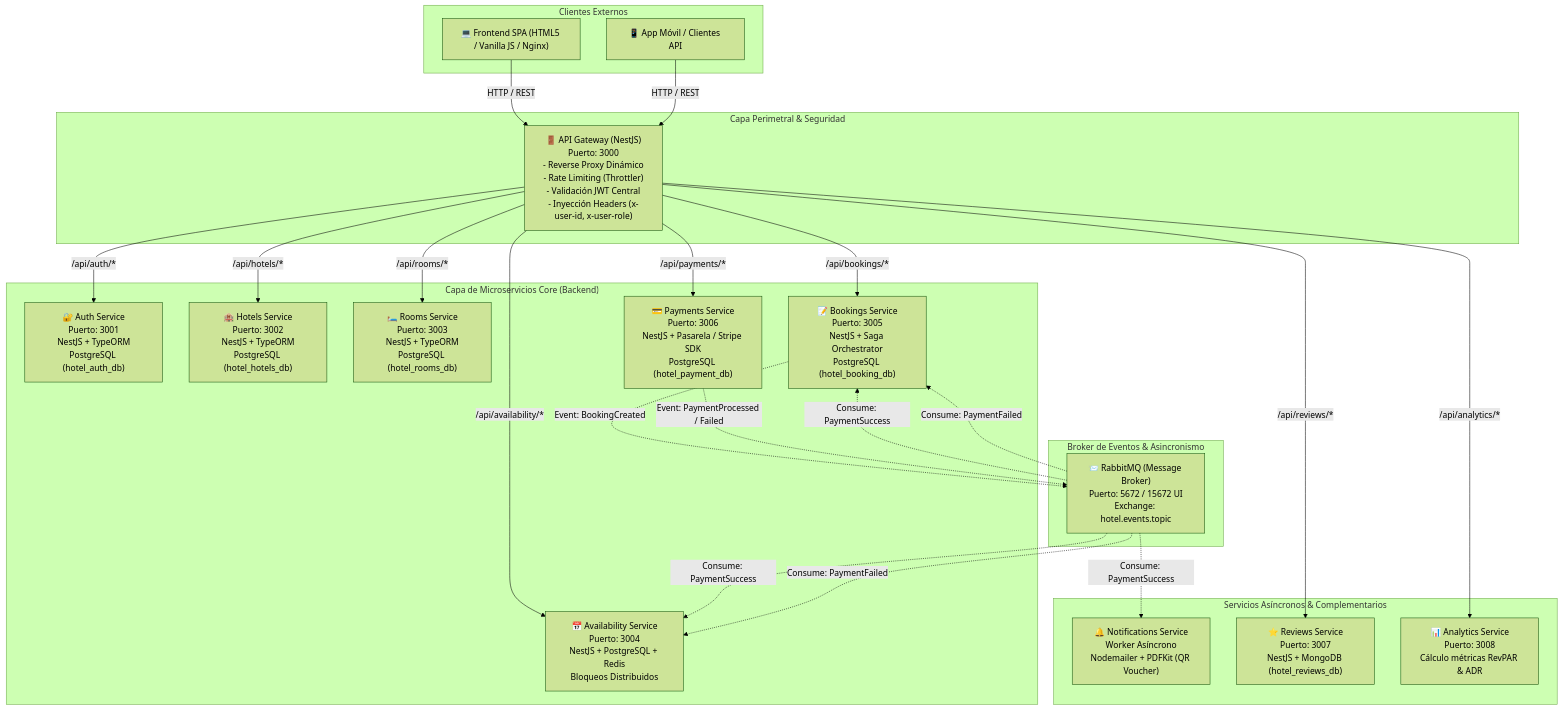
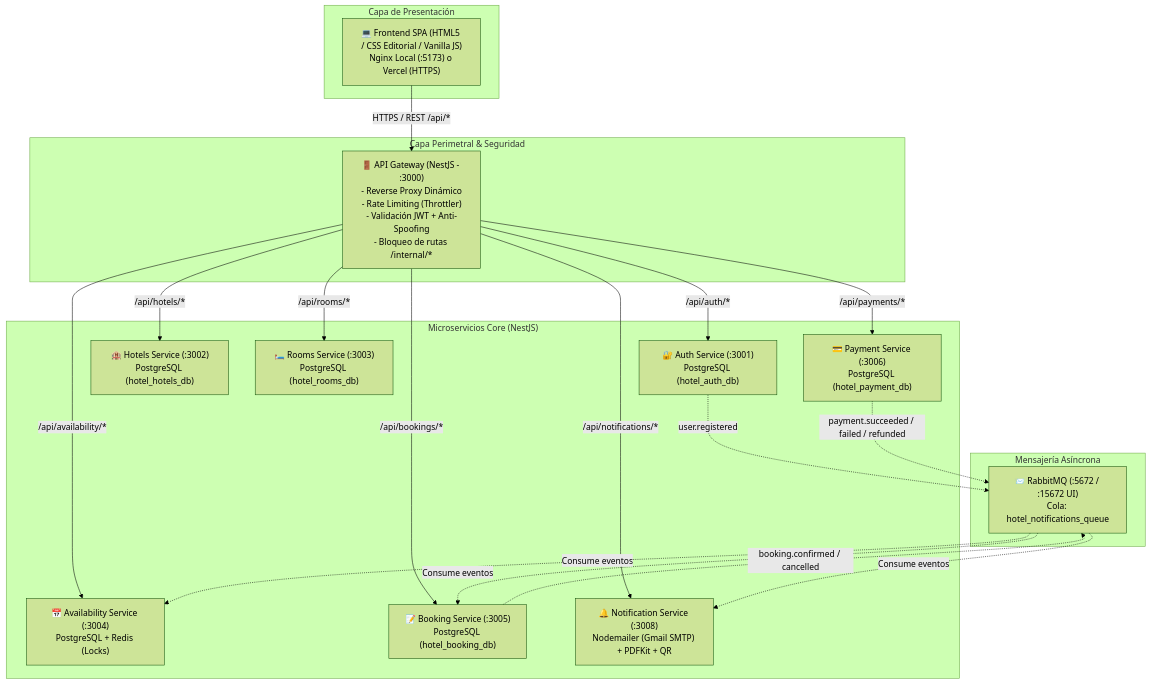
The first of 3 diagrams in README.md (danielaing16/hotel-microservices), drawn with Mermaid (forest theme) before and after one commit. The commit also changed other lines of this file, not shown here.

Commit message:
docs(readme): actualizar arquitectura, roles RBAC, flujos de reembolso/notificaciones y despliegue Render + Vercel

````diff
--- a/README.md
+++ b/README.md
@@ -49,50 +54,41 @@
 ```mermaid
 graph TB
-    subgraph "Clientes Externos"
-        ClientWeb["💻 Frontend SPA (HTML5 / Vanilla JS / Nginx)"]
-        ClientMobile["📱 App Móvil / Clientes API"]
+    subgraph "Capa de Presentación"
+        ClientWeb["💻 Frontend SPA (HTML5 / CSS Editorial / Vanilla JS)\nNginx Local (:5173) o Vercel (HTTPS)"]
     end
 
     subgraph "Capa Perimetral & Seguridad"
-        Gateway["🚪 API Gateway (NestJS)\nPuerto: 3000\n- Reverse Proxy Dinámico\n- Rate Limiting (Throttler)\n- Validación JWT Central\n- Inyección Headers (x-user-id, x-user-role)"]
+        Gateway["🚪 API Gateway (NestJS - :3000)\n- Reverse Proxy Dinámico\n- Rate Limiting (Throttler)\n- Validación JWT + Anti-Spoofing\n- Bloqueo de rutas /internal/*"]
     end
 
-    subgraph "Capa de Microservicios Core (Backend)"
-        AuthMS["🔐 Auth Service\nPuerto: 3001\nNestJS + TypeORM\nPostgreSQL (hotel_auth_db)"]
-        HotelMS["🏨 Hotels Service\nPuerto: 3002\nNestJS + TypeORM\nPostgreSQL (hotel_hotels_db)"]
-        RoomMS["🛏️ Rooms Service\nPuerto: 3003\nNestJS + TypeORM\nPostgreSQL (hotel_rooms_db)"]
-        AvailMS["📅 Availability Service\nPuerto: 3004\nNestJS + PostgreSQL + Redis\nBloqueos Distribuidos"]
-        BookingMS["📝 Bookings Service\nPuerto: 3005\nNestJS + Saga Orchestrator\nPostgreSQL (hotel_booking_db)"]
-        PaymentMS["💳 Payments Service\nPuerto: 3006\nNestJS + Pasarela / Stripe SDK\nPostgreSQL (hotel_payment_db)"]
+    subgraph "Microservicios Core (NestJS)"
+        AuthMS["🔐 Auth Service (:3001)\nPostgreSQL (hotel_auth_db)"]
+        HotelMS["🏨 Hotels Service (:3002)\nPostgreSQL (hotel_hotels_db)"]
+        RoomMS["🛏️ Rooms Service (:3003)\nPostgreSQL (hotel_rooms_db)"]
+        AvailMS["📅 Availability Service (:3004)\nPostgreSQL + Redis (Locks)"]
+        BookingMS["📝 Booking Service (:3005)\nPostgreSQL (hotel_booking_db)"]
+        PaymentMS["💳 Payment Service (:3006)\nPostgreSQL (hotel_payment_db)"]
+        NotifMS["🔔 Notification Service (:3008)\nNodemailer (Gmail SMTP) + PDFKit + QR"]
     end
 
-    subgraph "Broker de Eventos & Asincronismo"
-        RabbitMQ["📨 RabbitMQ (Message Broker)\nPuerto: 5672 / 15672 UI\nExchange: hotel.events.topic"]
+    subgraph "Mensajería Asíncrona"
+        RabbitMQ["📨 RabbitMQ (:5672 / :15672 UI)\nCola: hotel_notifications_queue"]
     end
 
-    subgraph "Servicios Asíncronos & Complementarios"
-        NotifMS["🔔 Notifications Service\nWorker Asíncrono\nNodemailer + PDFKit (QR Voucher)"]
-        ReviewMS["⭐ Reviews Service\nPuerto: 3007\nNestJS + MongoDB (hotel_reviews_db)"]
-        AnalyticsMS["📊 Analytics Service\nPuerto: 3008\nCálculo métricas RevPAR & ADR"]
-    end
-
-    ClientWeb -->|HTTP / REST| Gateway
-    ClientMobile -->|HTTP / REST| Gateway
+    ClientWeb -->|HTTPS / REST /api/*| Gateway
 
     Gateway -->|/api/auth/*| AuthMS
     Gateway -->|/api/hotels/*| HotelMS
     Gateway -->|/api/rooms/*| RoomMS
     Gateway -->|/api/availability/*| AvailMS
     Gateway -->|/api/bookings/*| BookingMS
     Gateway -->|/api/payments/*| PaymentMS
-    Gateway -->|/api/reviews/*| ReviewMS
-    Gateway -->|/api/analytics/*| AnalyticsMS
+    Gateway -->|/api/notifications/*| NotifMS
 
-    BookingMS -.->|Event: BookingCreated| RabbitMQ
-    PaymentMS -.->|Event: PaymentProcessed / Failed| RabbitMQ
-    RabbitMQ -.->|Consume: PaymentSuccess| BookingMS
-    RabbitMQ -.->|Consume: PaymentSuccess| AvailMS
-    RabbitMQ -.->|Consume: PaymentSuccess| NotifMS
-    RabbitMQ -.->|Consume: PaymentFailed| BookingMS
-    RabbitMQ -.->|Consume: PaymentFailed| AvailMS
+    AuthMS -.->|user.registered| RabbitMQ
+    BookingMS -.->|booking.confirmed / cancelled| RabbitMQ
+    PaymentMS -.->|payment.succeeded / failed / refunded| RabbitMQ
+    RabbitMQ -.->|Consume eventos| BookingMS
+    RabbitMQ -.->|Consume eventos| AvailMS
+    RabbitMQ -.->|Consume eventos| NotifMS
 ```
````
